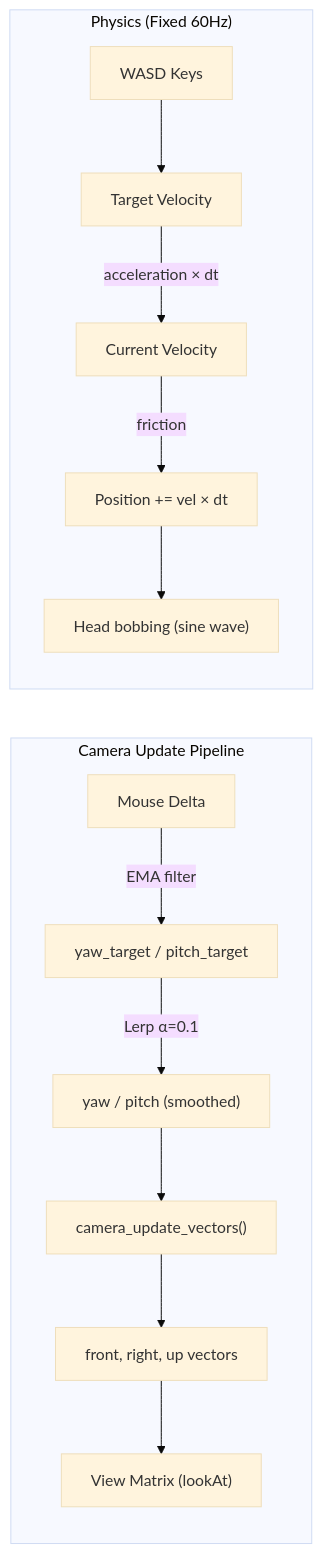
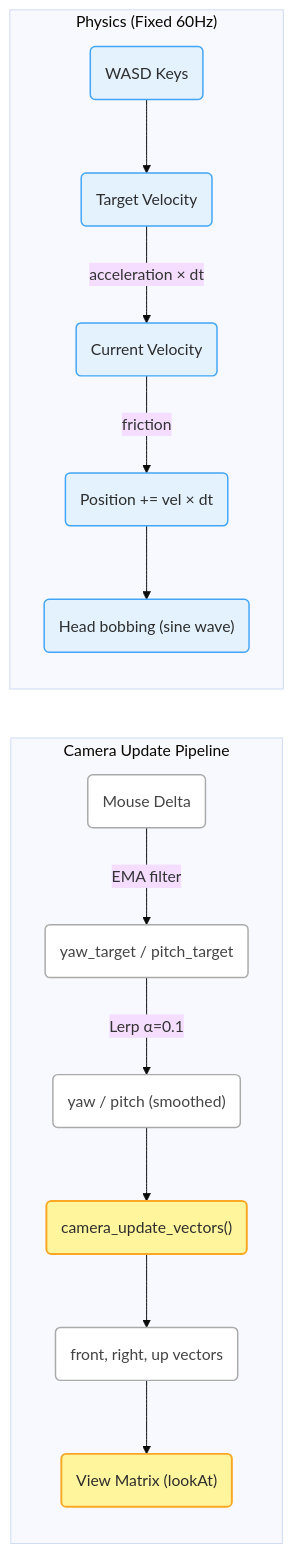
The third of 17 diagrams in content/suckless-ogl-anatomie-frame-en.md (yoyonel/blog_source), drawn with Mermaid (base theme) before and after one commit. The commit also changed other lines of this file and 4 other files, not shown here.

First line of the commit message:
refactor(mermaid): hand-drawn style + forced light mode for all browsers

```diff
--- a/content/suckless-ogl-anatomie-frame-en.md
+++ b/content/suckless-ogl-anatomie-frame-en.md
@@ -198,17 +208,25 @@
 <pre class="mermaid">
 graph LR
     subgraph "Camera Update Pipeline"
-        A["Mouse Delta"] -->|"EMA filter"| B["yaw_target / pitch_target"]
-        B -->|"Lerp α=0.1"| C["yaw / pitch (smoothed)"]
-        C --> D["camera_update_vectors()"]
-        D --> E["front, right, up vectors"]
-        E --> F["View Matrix (lookAt)"]
+        A("Mouse Delta") -->|"EMA filter"| B("yaw_target / pitch_target")
+        B -->|"Lerp α=0.1"| C("yaw / pitch (smoothed)")
+        C --> D("camera_update_vectors()")
+        D --> E("front, right, up vectors")
+        E --> F("View Matrix (lookAt)")
     end
 
     subgraph "Physics (Fixed 60Hz)"
-        G["WASD Keys"] --> H["Target Velocity"]
-        H -->|"acceleration × dt"| I["Current Velocity"]
-        I -->|"friction"| J["Position += vel × dt"]
-        J --> K["Head bobbing (sine wave)"]
+        G("WASD Keys") --> H("Target Velocity")
+        H -->|"acceleration × dt"| I("Current Velocity")
+        I -->|"friction"| J("Position += vel × dt")
+        J --> K("Head bobbing (sine wave)")
     end
+
+    classDef keyFunc fill:#fff59d,stroke:#f9a825,stroke-width:2px,color:#2d2d2d
+    classDef subsystem fill:#ffffff,stroke:#aaaaaa,stroke-width:1.5px,color:#444444
+    classDef loopNode fill:#e3f2fd,stroke:#42a5f5,stroke-width:1.5px,color:#2d2d2d
+
+    class D,F keyFunc
+    class A,B,C,E subsystem
+    class G,H,I,J,K loopNode
 </pre>
```
